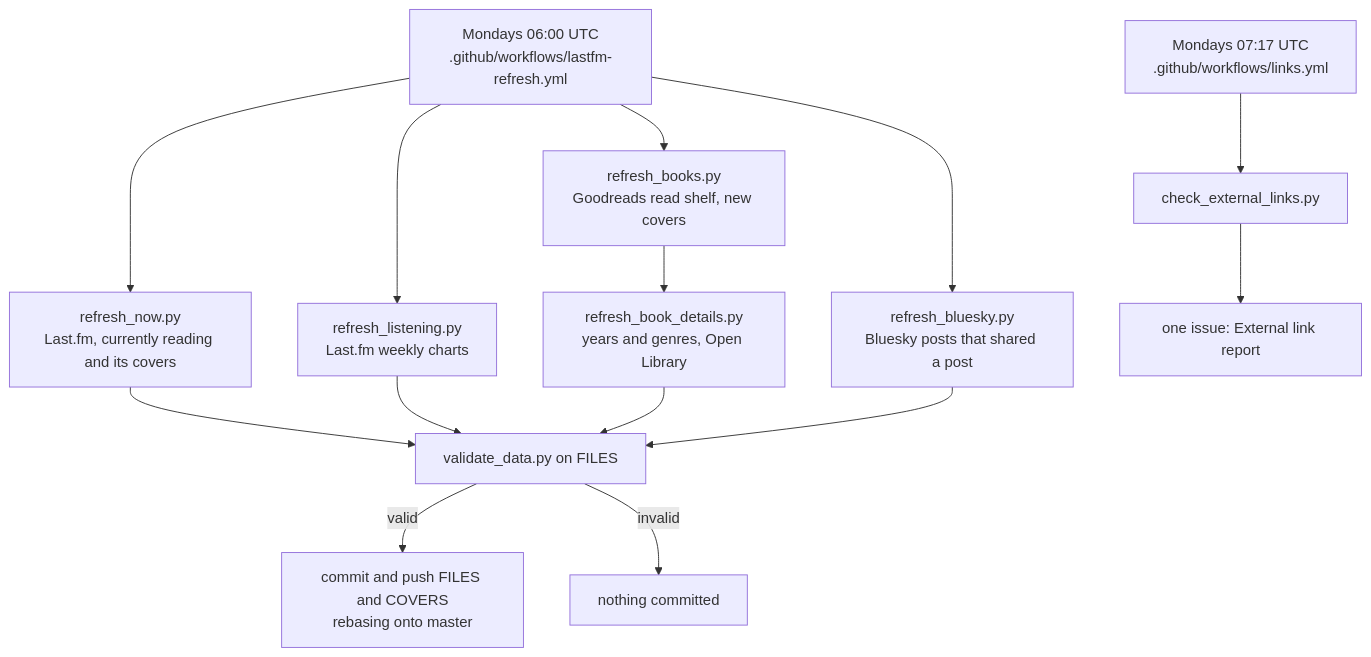
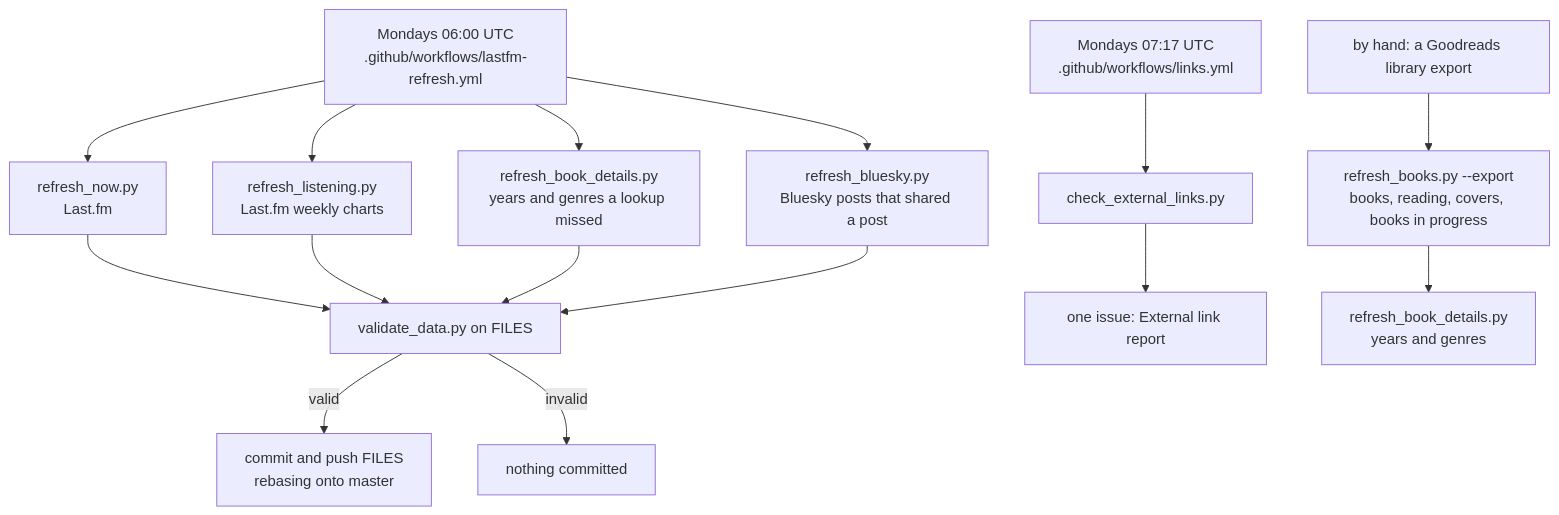
One commit to DrKenReid/DrKenReid.github.io changed the fourth of 4 diagrams in .github/docs/ARCHITECTURE.md. Above: the diagram before and after it, drawn with Mermaid. The commit also changed other lines of this file and 31 other files, not shown here.

First line of the commit message:
Read the shelf from the Goodreads library export

````diff
--- a/.github/docs/ARCHITECTURE.md
+++ b/.github/docs/ARCHITECTURE.md
@@ -457,16 +457,17 @@
 ```mermaid
 flowchart TD
-    cron1["Mondays 06:00 UTC<br/>.github/workflows/lastfm-refresh.yml"] --> now["refresh_now.py<br/>Last.fm, currently reading and its covers"]
+    cron1["Mondays 06:00 UTC<br/>.github/workflows/lastfm-refresh.yml"] --> now["refresh_now.py<br/>Last.fm"]
     cron1 --> listening["refresh_listening.py<br/>Last.fm weekly charts"]
-    cron1 --> books["refresh_books.py<br/>Goodreads read shelf, new covers"]
-    books --> details["refresh_book_details.py<br/>years and genres, Open Library"]
+    cron1 --> details["refresh_book_details.py<br/>years and genres a lookup missed"]
     now --> v["validate_data.py on FILES"]
     listening --> v
     details --> v
     cron1 --> bluesky["refresh_bluesky.py<br/>Bluesky posts that shared a post"]
     bluesky --> v
-    v -->|valid| commit["commit and push FILES and COVERS<br/>rebasing onto master"]
+    v -->|valid| commit["commit and push FILES<br/>rebasing onto master"]
     v -->|invalid| stop["nothing committed"]
     cron2["Mondays 07:17 UTC<br/>.github/workflows/links.yml"] --> links["check_external_links.py"]
     links --> issue["one issue: External link report"]
+    export["by hand: a Goodreads library export"] --> books["refresh_books.py --export<br/>books, reading, covers, books in progress"]
+    books --> bdetails["refresh_book_details.py<br/>years and genres"]
 ```
````
